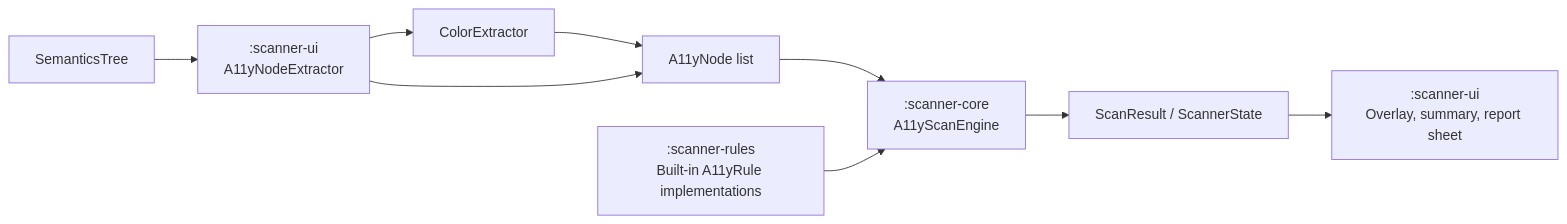
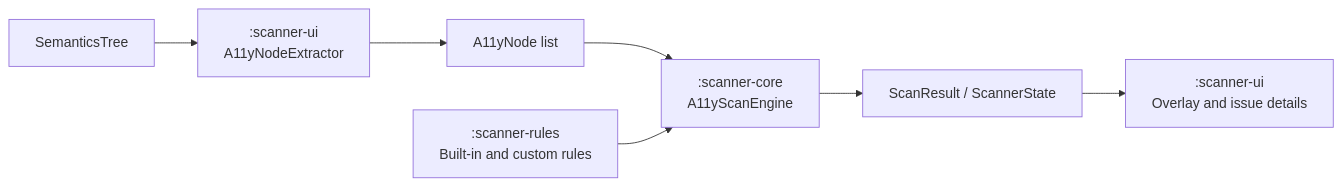
The diagram in README.md (mohdaquib/ComposeA11yScanner), drawn with Mermaid before and after one commit. The commit also changed other lines of this file, not shown here.

````diff
--- a/README.md
+++ b/README.md
@@ -13,11 +176,9 @@
 ```mermaid
 flowchart LR
     SemanticsTree["SemanticsTree"] --> Extractor[":scanner-ui<br/>A11yNodeExtractor"]
-    Extractor --> ColorExtractor["ColorExtractor"]
-    ColorExtractor --> Nodes["A11yNode list"]
-    Extractor --> Nodes
+    Extractor --> Nodes["A11yNode list"]
     Nodes --> Core[":scanner-core<br/>A11yScanEngine"]
-    Rules[":scanner-rules<br/>Built-in A11yRule implementations"] --> Core
+    Rules[":scanner-rules<br/>Built-in and custom rules"] --> Core
     Core --> Result["ScanResult / ScannerState"]
-    Result --> Overlay[":scanner-ui<br/>Overlay, summary, report sheet"]
+    Result --> Overlay[":scanner-ui<br/>Overlay and issue details"]
 ```
````
